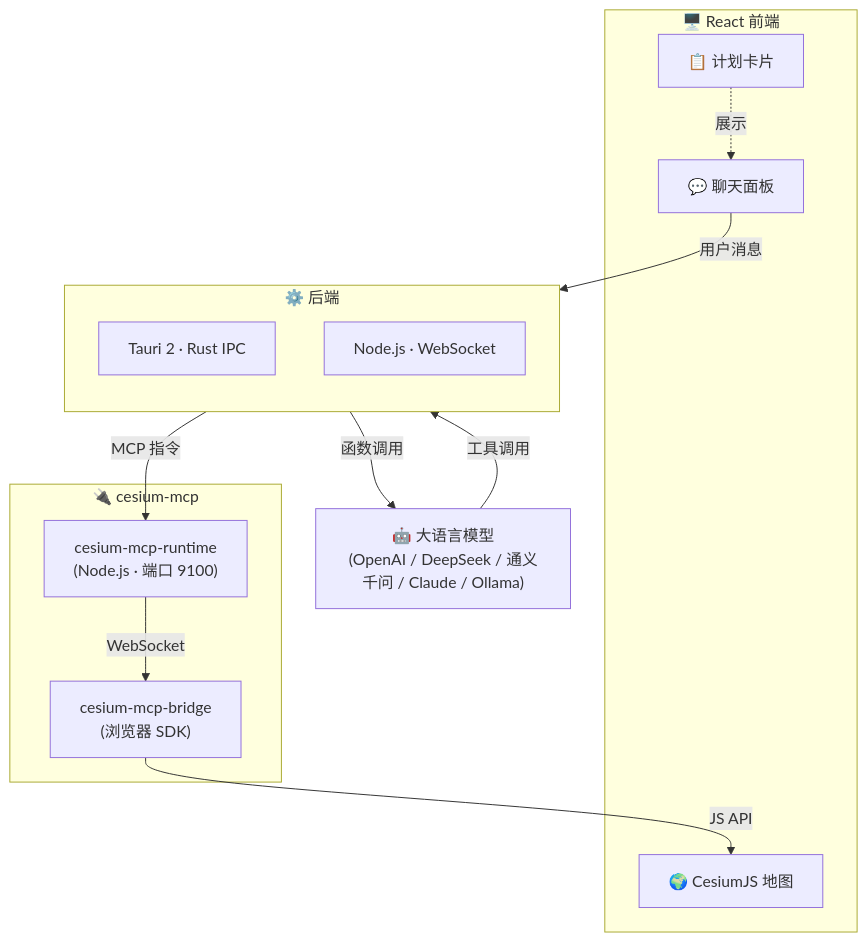
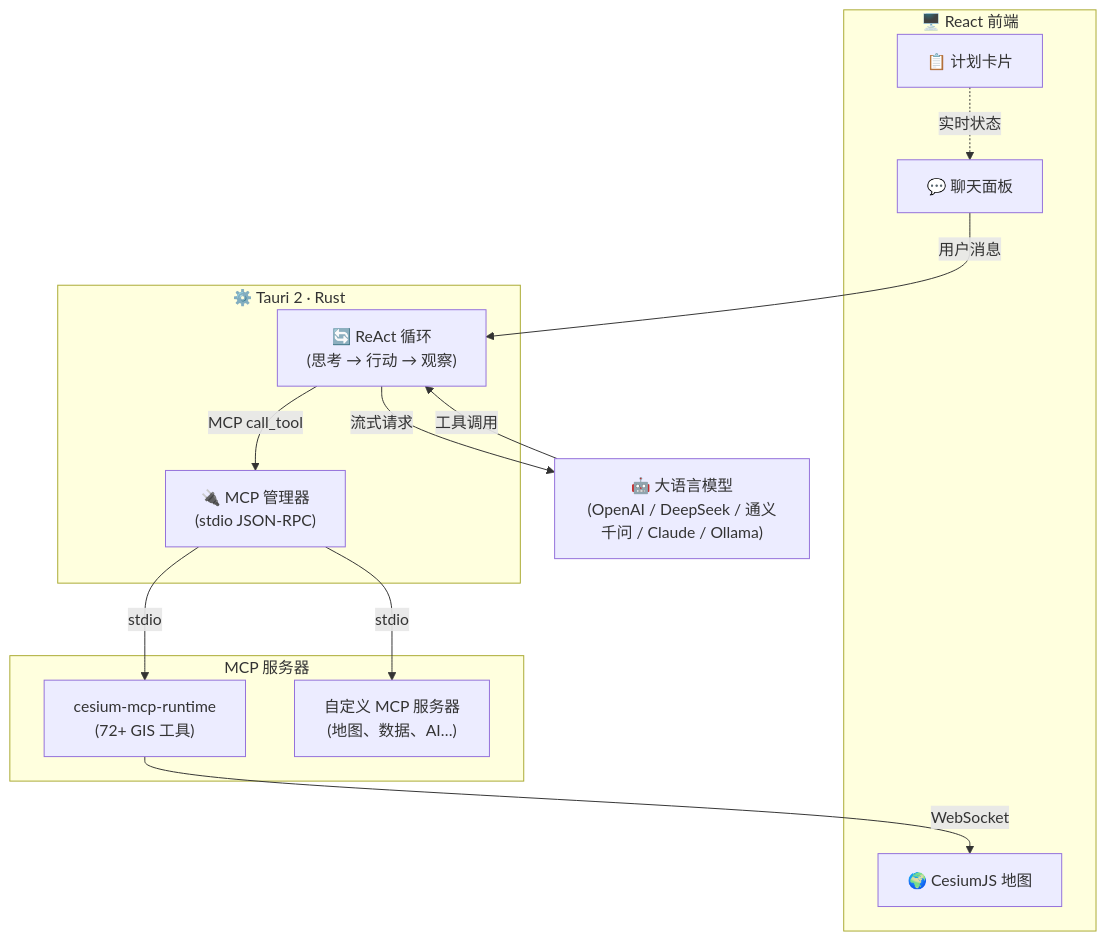
One commit to gaopengbin/GaiaAgent changed the diagram in README.zh-CN.md. Above: the diagram before and after it, drawn with Mermaid. The commit also changed other lines of this file and 4 other files, not shown here.

````diff
--- a/README.zh-CN.md
+++ b/README.zh-CN.md
@@ -31,29 +34,29 @@
 ```mermaid
 graph TB
     subgraph Frontend["🖥️ React 前端"]
         Chat["💬 聊天面板"]
         Plan["📋 计划卡片"]
         Cesium["🌍 CesiumJS 地图"]
     end
 
-    subgraph Backend["⚙️ 后端"]
-        direction TB
-        Tauri["Tauri 2 · Rust IPC"]
-        Node["Node.js · WebSocket"]
+    subgraph Backend["⚙️ Tauri 2 · Rust"]
+        ReAct["🔄 ReAct 循环\n(思考 → 行动 → 观察)"]
+        MCP_Mgr["🔌 MCP 管理器\n(stdio JSON-RPC)"]
     end
 
-    subgraph MCP["🔌 cesium-mcp"]
-        Runtime["cesium-mcp-runtime\n(Node.js · 端口 9100)"]
-        Bridge["cesium-mcp-bridge\n(浏览器 SDK)"]
+    subgraph MCP_Servers["MCP 服务器"]
+        cesium_mcp["cesium-mcp-runtime\n(72+ GIS 工具)"]
+        custom_mcp["自定义 MCP 服务器\n(地图、数据、AI…)"]
     end
 
     LLM["🤖 大语言模型\n(OpenAI / DeepSeek / 通义千问 / Claude / Ollama)"]
 
-    Chat -->|用户消息| Backend
-    Backend -->|函数调用| LLM
-    LLM -->|工具调用| Backend
-    Backend -->|MCP 指令| Runtime
-    Runtime -->|WebSocket| Bridge
-    Bridge -->|JS API| Cesium
-    Plan -.->|展示| Chat
+    Chat -->|用户消息| ReAct
+    ReAct -->|流式请求| LLM
+    LLM -->|工具调用| ReAct
+    ReAct -->|MCP call_tool| MCP_Mgr
+    MCP_Mgr -->|stdio| cesium_mcp
+    MCP_Mgr -->|stdio| custom_mcp
+    cesium_mcp -->|WebSocket| Cesium
+    Plan -.->|实时状态| Chat
 ```
````
